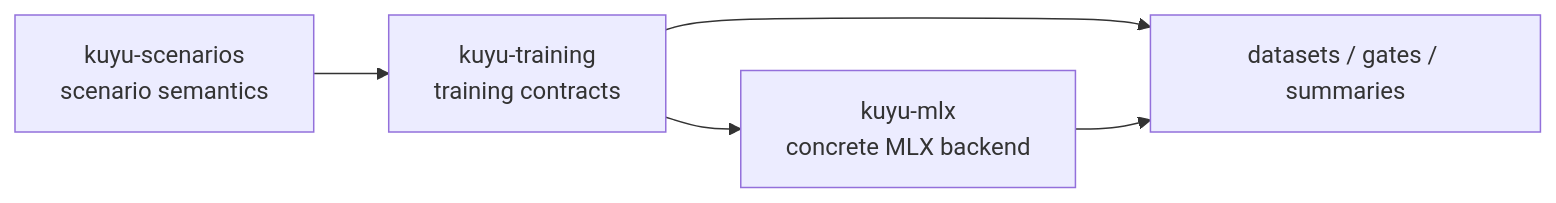
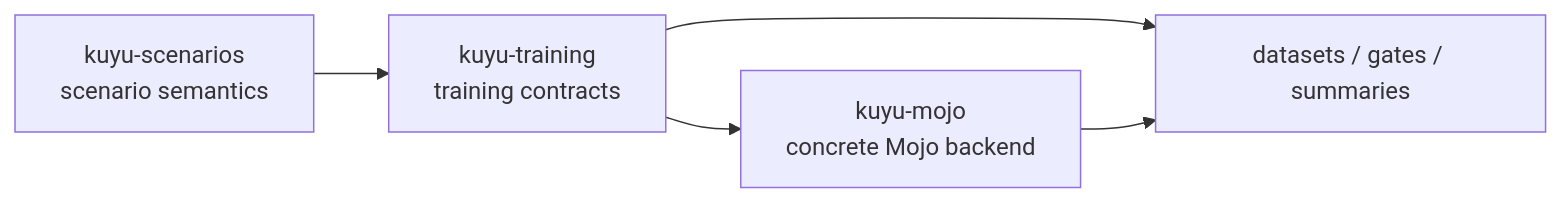
Before and after one commit to 1amageek/kuyu-training: the first of 3 diagrams in README.md, drawn with Mermaid. The commit also changed other lines of this file and 29 other files, not shown here.

````diff
--- a/README.md
+++ b/README.md
@@ -37,12 +37,12 @@
 ```mermaid
 flowchart LR
   Scenarios["kuyu-scenarios\nscenario semantics"]
   Training["kuyu-training\ntraining contracts"]
-  Backend["kuyu-mlx\nconcrete MLX backend"]
+  Backend["kuyu-mojo\nconcrete Mojo backend"]
   Artifacts["datasets / gates / summaries"]
 
   Scenarios --> Training
   Training --> Backend
   Training --> Artifacts
   Backend --> Artifacts
 ```
````
